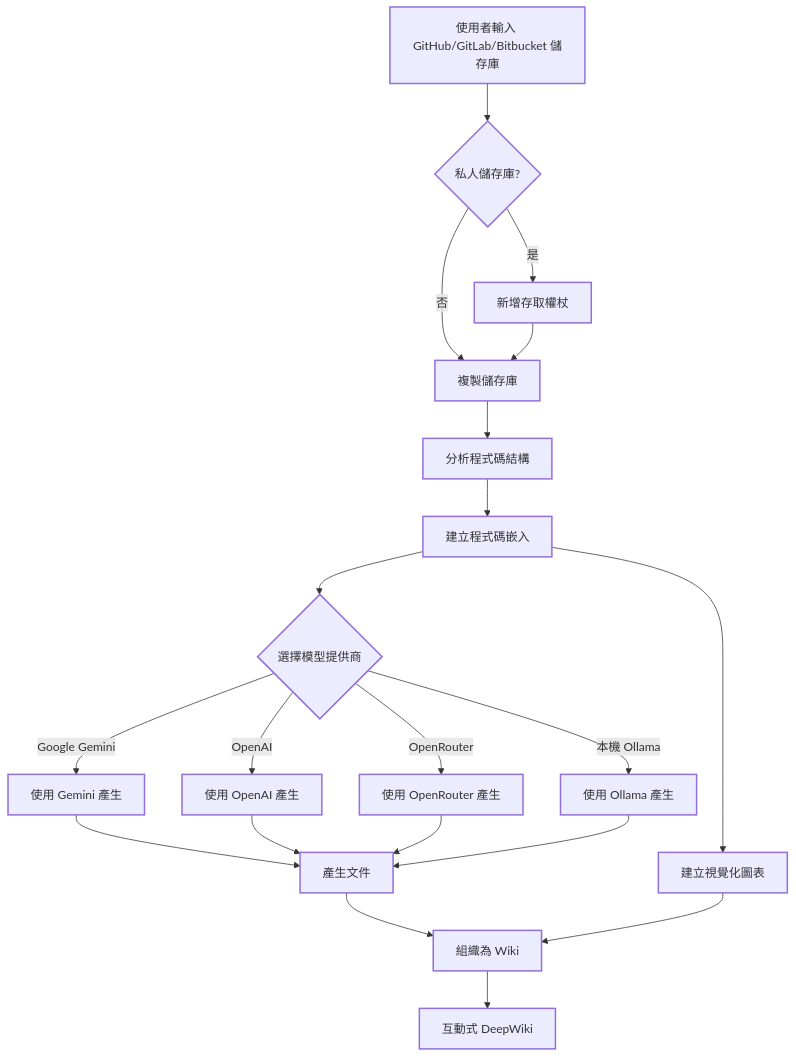
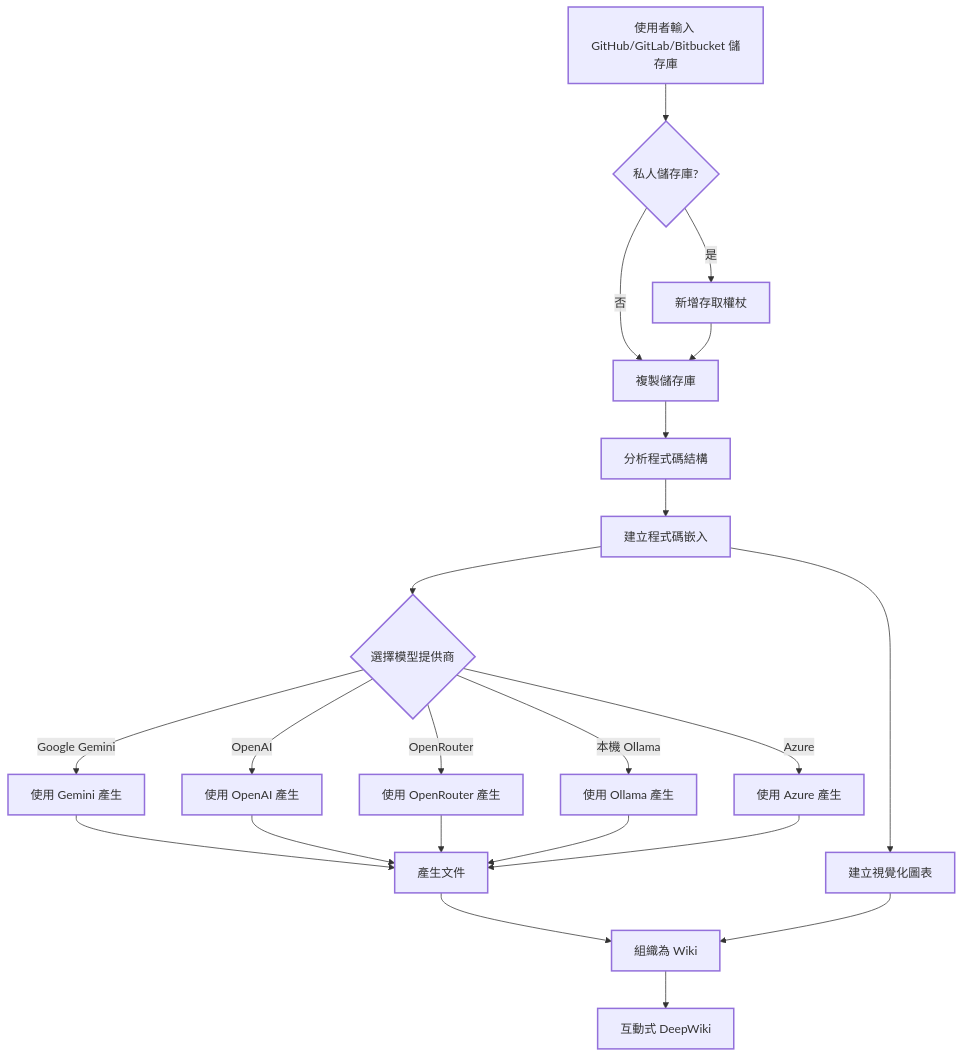
The diagram in README.zh-tw.md (kuarcis/deepwiki-open-community), drawn with Mermaid before and after one commit. The commit also changed other lines of this file and 1 other file, not shown here.

````diff
--- a/README.zh-tw.md
+++ b/README.zh-tw.md
@@ -122,35 +145,37 @@
 ```mermaid
 graph TD
     A[使用者輸入 GitHub/GitLab/Bitbucket 儲存庫] --> AA{私人儲存庫?}
     AA -->|是| AB[新增存取權杖]
     AA -->|否| B[複製儲存庫]
     AB --> B
     B --> C[分析程式碼結構]
     C --> D[建立程式碼嵌入]
 
     D --> M{選擇模型提供商}
     M -->|Google Gemini| E1[使用 Gemini 產生]
     M -->|OpenAI| E2[使用 OpenAI 產生]
     M -->|OpenRouter| E3[使用 OpenRouter 產生]
     M -->|本機 Ollama| E4[使用 Ollama 產生]
+    M -->|Azure| E5[使用 Azure 產生]
 
     E1 --> E[產生文件]
     E2 --> E
     E3 --> E
     E4 --> E
+    E5 --> E
 
     D --> F[建立視覺化圖表]
     E --> G[組織為 Wiki]
     F --> G
     G --> H[互動式 DeepWiki]
 
     classDef process stroke-width:2px;
     classDef data stroke-width:2px;
     classDef result stroke-width:2px;
     classDef decision stroke-width:2px;
 
     class A,D data;
     class AA,M decision;
-    class B,C,E,F,G,AB,E1,E2,E3,E4 process;
+    class B,C,E,F,G,AB,E1,E2,E3,E4,E5 process;
     class H result;
 ```
````
